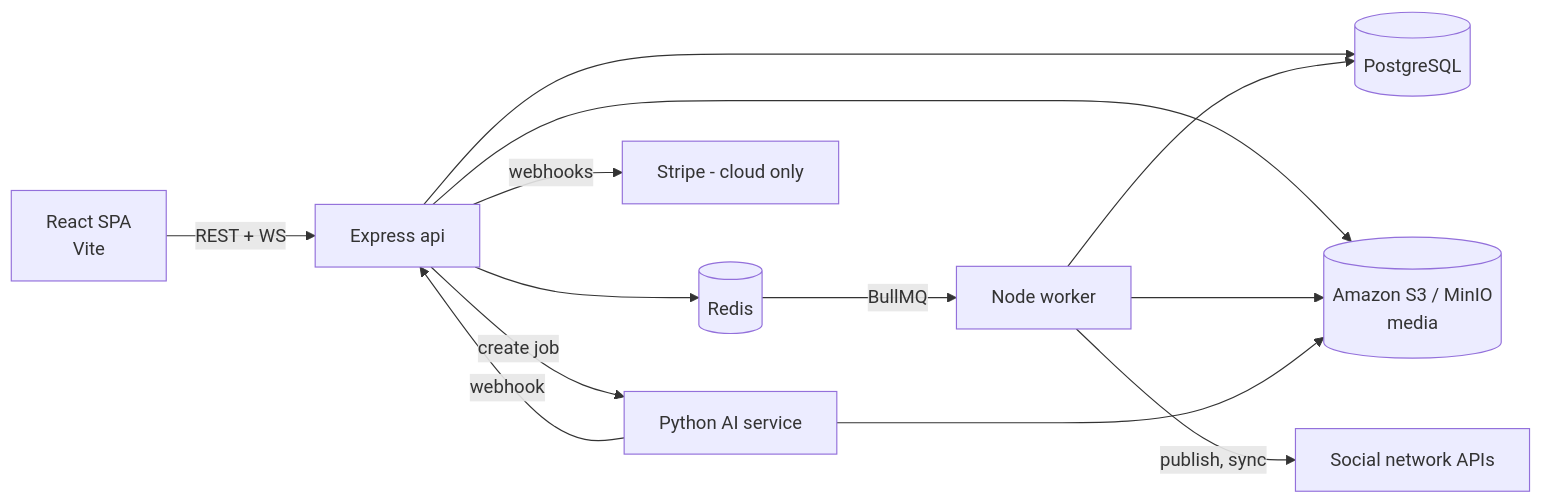
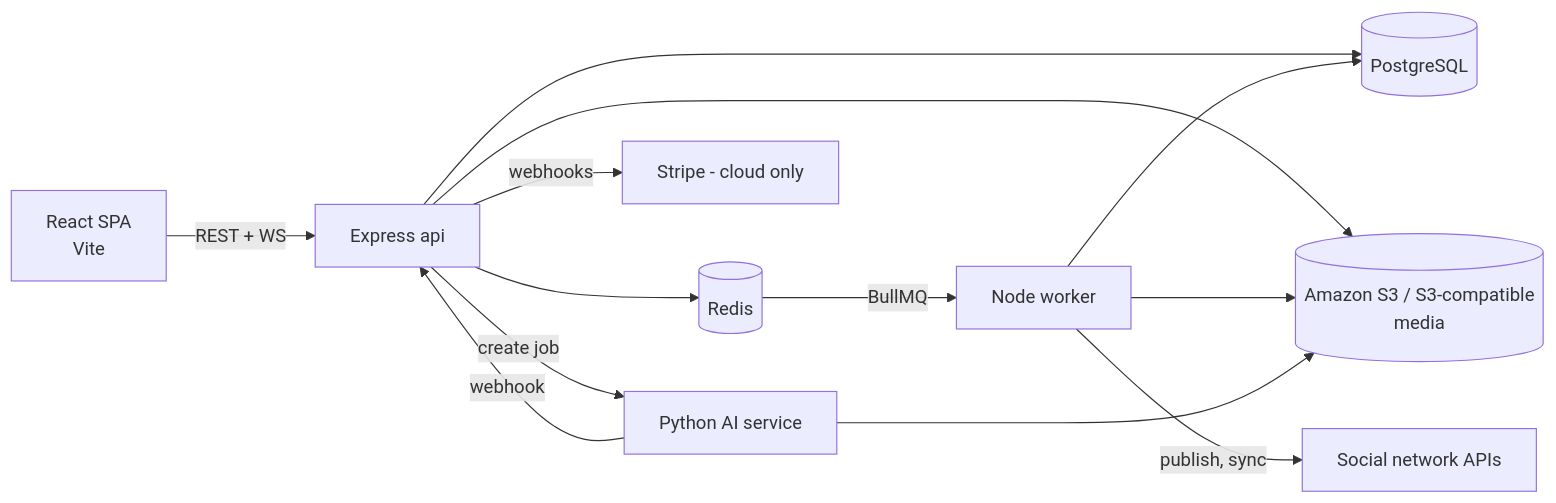
Before and after one commit to socioboard/Socioboard-5.0: the first of 3 diagrams in docs/architecture.md, drawn with Mermaid. The commit also changed other lines of this file and 12 other files, not shown here.

````diff
--- a/docs/architecture.md
+++ b/docs/architecture.md
@@ -93,15 +93,15 @@
 ```mermaid
 flowchart LR
   web[React SPA<br/>Vite] -->|REST + WS| api[Express api]
   api --> pg[(PostgreSQL)]
   api --> redis[(Redis)]
-  api --> s3[(Amazon S3 / MinIO<br/>media)]
+  api --> s3[(Amazon S3 / S3-compatible<br/>media)]
   redis -->|BullMQ| worker[Node worker]
   worker --> pg
   worker --> s3
   worker -->|publish, sync| social[Social network APIs]
   api -->|create job| ai[Python AI service]
   ai -->|webhook| api
   ai --> s3
   api -->|webhooks| stripe[Stripe - cloud only]
 ```
````
